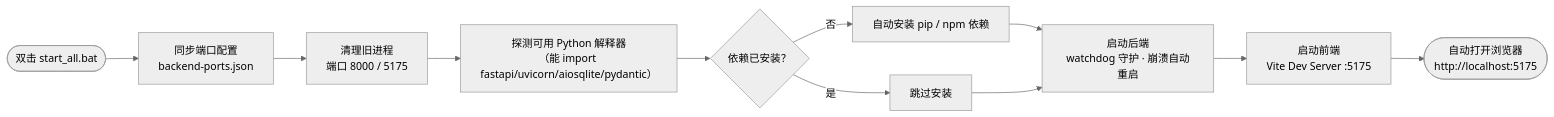
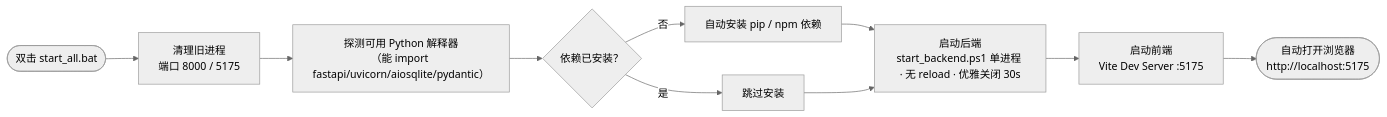
One commit to he-fei-ai/bidforge-jiangong changed the second of 6 diagrams in docs/软件编译计划书.MD. Above: the diagram before and after it, drawn with Mermaid (neutral theme). The commit also changed other lines of this file and 2 other files, not shown here.

First line of the commit message:
docs: 主文档更新至 v5.4，合并 v5.3 图集并对齐 2026-11-09 实测数字

````diff
--- a/docs/软件编译计划书.MD
+++ b/docs/软件编译计划书.MD
@@ -184,13 +251,12 @@
 ```mermaid
 flowchart LR
-    A(["双击 start_all.bat"]) --> B["同步端口配置<br/>backend-ports.json"]
-    B --> C["清理旧进程<br/>端口 8000 / 5175"]
+    A(["双击 start_all.bat"]) --> C["清理旧进程<br/>端口 8000 / 5175"]
     C --> D["探测可用 Python 解释器<br/>（能 import fastapi/uvicorn/aiosqlite/pydantic）"]
     D --> E{"依赖已安装？"}
     E -->|否| F["自动安装 pip / npm 依赖"]
     E -->|是| G["跳过安装"]
-    F --> H["启动后端<br/>watchdog 守护 · 崩溃自动重启"]
+    F --> H["启动后端<br/>start_backend.ps1 单进程 · 无 reload · 优雅关闭 30s"]
     G --> H
     H --> I["启动前端<br/>Vite Dev Server :5175"]
     I --> J(["自动打开浏览器<br/>http://localhost:5175"])
 ```
````
